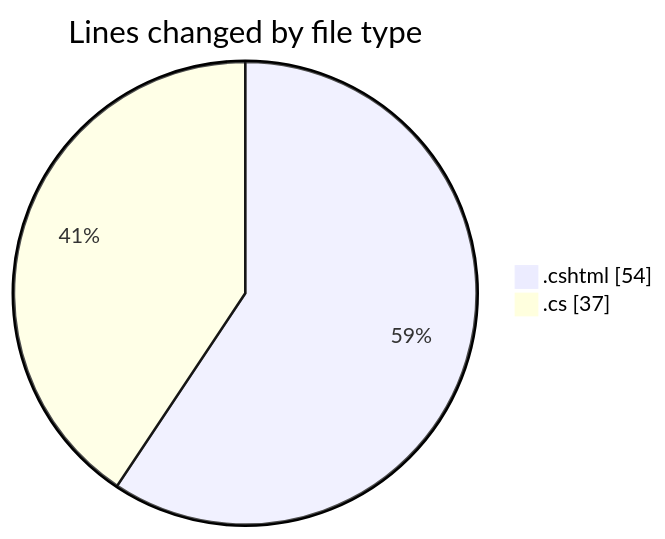
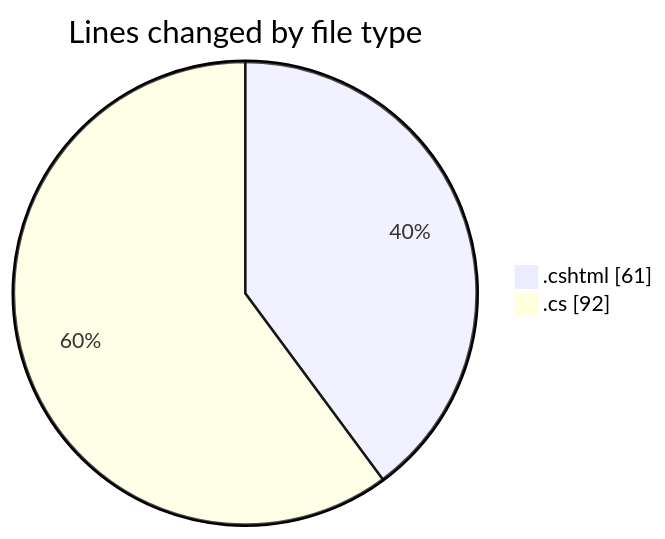
Before and after one commit to lephambinh05/code-tracking: the first of 2 diagrams in 2025-07-17/nhahang/README.md, drawn with Mermaid. The commit also changed other lines of this file and 1 other file, not shown here.

````diff
--- a/2025-07-17/nhahang/README.md
+++ b/2025-07-17/nhahang/README.md
@@ -21,6 +22,6 @@
 ```mermaid
 pie showData
 title Lines changed by file type
-".cshtml" : 54
-".cs" : 37
+".cshtml" : 61
+".cs" : 92
 ```
````
